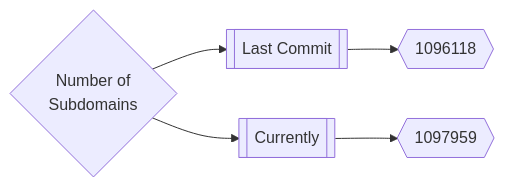
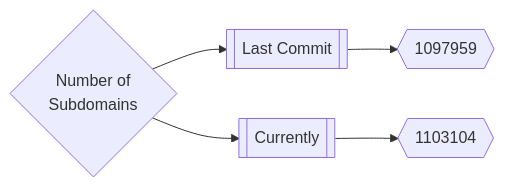
One commit to trickest/inventory changed the first of 3 diagrams in README.md. Above: the diagram before and after it, drawn with Mermaid. The commit also changed other lines of this file and 147 other files, not shown here.

````diff
--- a/README.md
+++ b/README.md
@@ -165,5 +165,5 @@
 ```mermaid
 graph LR
-title{Number of<br>Subdomains} --> subdomainsDate1[[Last Commit]] --> subdomainsNum1{{1096118}}
-title --> subdomainsDate2[[Currently]] --> subdomainsNum2{{1097959}}
+title{Number of<br>Subdomains} --> subdomainsDate1[[Last Commit]] --> subdomainsNum1{{1097959}}
+title --> subdomainsDate2[[Currently]] --> subdomainsNum2{{1103104}}
 ```
````
